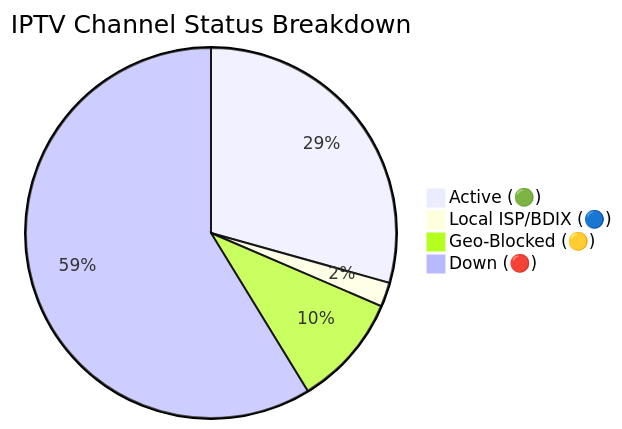
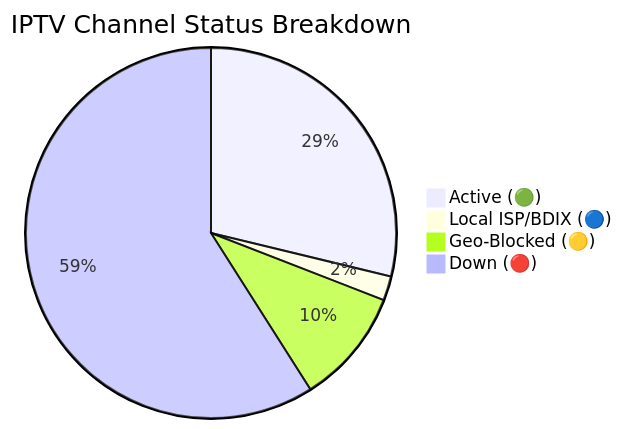
Before and after one commit to andreataylord/Ip-tv-Collection: the diagram in README.md, drawn with Mermaid. The commit also changed other lines of this file and 1 other file, not shown here.

Commit message:
docs(readme): auto-update daily channel status chart

````diff
--- a/README.md
+++ b/README.md
@@ -59,7 +59,7 @@
 ```mermaid
 pie title IPTV Channel Status Breakdown
-    "Active (🟢)" : 1768
+    "Active (🟢)" : 1734
     "Local ISP/BDIX (🔵)" : 128
-    "Geo-Blocked (🟡)" : 590
-    "Down (🔴)" : 3540
+    "Geo-Blocked (🟡)" : 608
+    "Down (🔴)" : 3556
 ```
````
